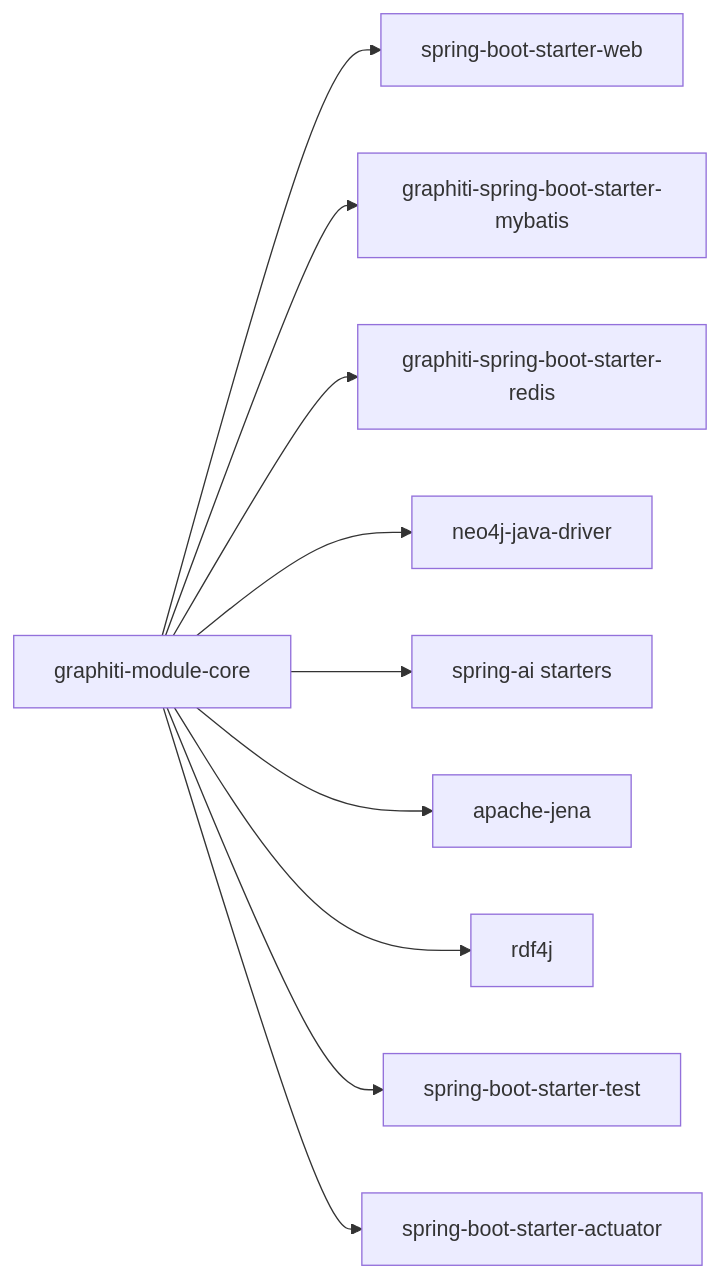
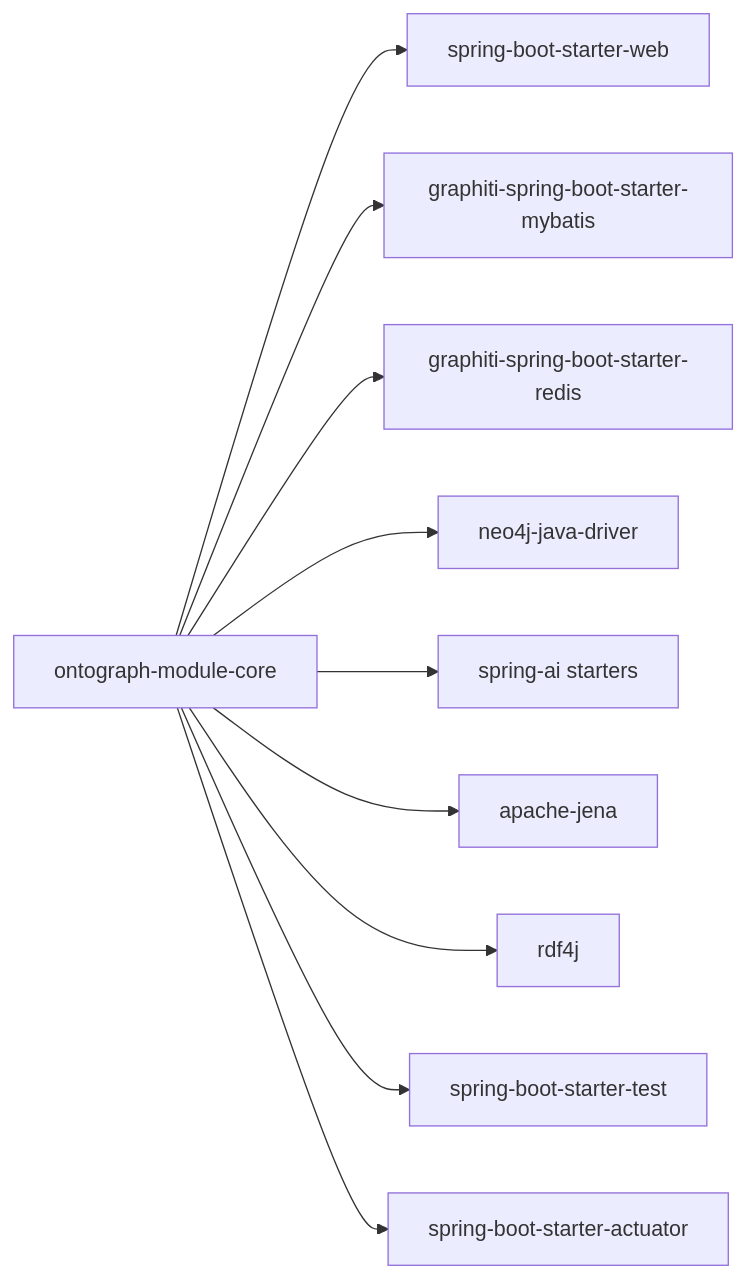
One commit to joezxh/graphiti-java changed the fifth of 5 diagrams in docs/manual/开发指南/测试策略/集成测试.md. Above: the diagram before and after it, drawn with Mermaid. The commit also changed other lines of this file and 200 other files, not shown here.

````diff
--- a/docs/manual/开发指南/测试策略/集成测试.md
+++ b/docs/manual/开发指南/测试策略/集成测试.md
@@ -345,12 +345,12 @@
 ```mermaid
 graph LR
-M["graphiti-module-core"] --> W["spring-boot-starter-web"]
+M["ontograph-module-core"] --> W["spring-boot-starter-web"]
 M --> MP["graphiti-spring-boot-starter-mybatis"]
 M --> R["graphiti-spring-boot-starter-redis"]
 M --> N["neo4j-java-driver"]
 M --> A["spring-ai starters"]
 M --> J["apache-jena"]
 M --> RD["rdf4j"]
 M --> T["spring-boot-starter-test"]
 M --> AU["spring-boot-starter-actuator"]
 ```
````
